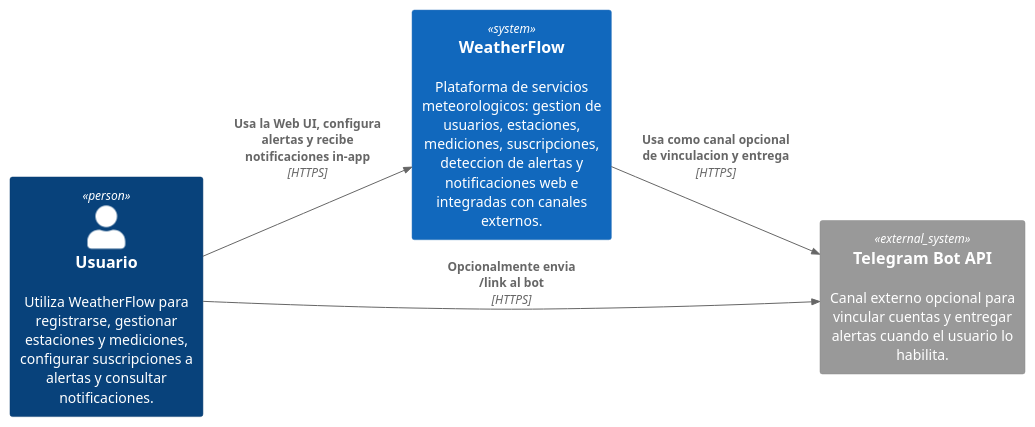
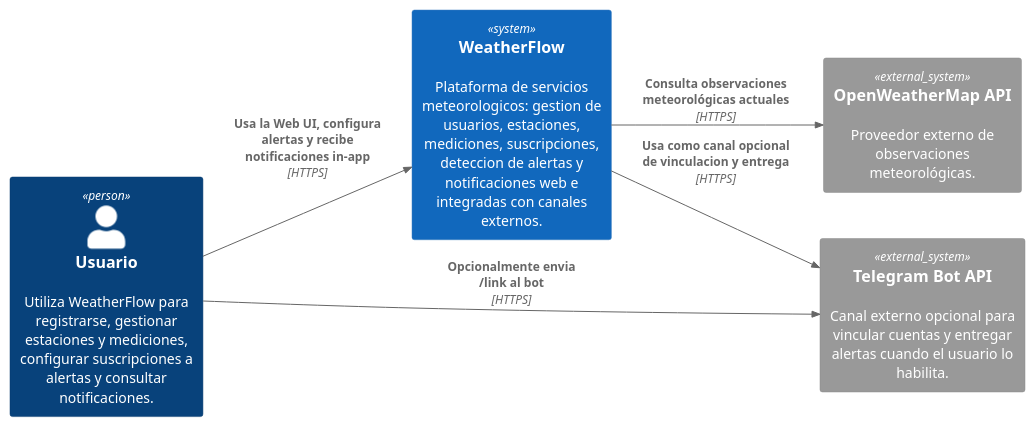
Before and after one commit to LattanzioB/WheaterFlow: the diagram in docs/architecture/c4/c4_level_1_context.plantuml, drawn with PlantUML. The commit also changed 10 other files, not shown here.

Commit message:
feat(architecture): enhance C4 model documentation with detailed component descriptions and relationships

```diff
--- a/docs/architecture/c4/c4_level_1_context.plantuml
+++ b/docs/architecture/c4/c4_level_1_context.plantuml
@@ -1,16 +1,18 @@
 @startuml c4_level_1_context
 !include https://raw.githubusercontent.com/plantuml-stdlib/C4-PlantUML/master/C4_Context.puml
 
 LAYOUT_LEFT_RIGHT()
 
 Person(usuario, "Usuario", "Utiliza WeatherFlow para registrarse, gestionar estaciones y mediciones, configurar suscripciones a alertas y consultar notificaciones.")
 
 System(weatherflow, "WeatherFlow", "Plataforma de servicios meteorologicos: gestion de usuarios, estaciones, mediciones, suscripciones, deteccion de alertas y notificaciones web e integradas con canales externos.")
 
 System_Ext(telegram, "Telegram Bot API", "Canal externo opcional para vincular cuentas y entregar alertas cuando el usuario lo habilita.")
+System_Ext(openweather, "OpenWeatherMap API", "Proveedor externo de observaciones meteorológicas.")
 
 Rel(usuario, weatherflow, "Usa la Web UI, configura alertas y recibe notificaciones in-app", "HTTPS")
 Rel(weatherflow, telegram, "Usa como canal opcional de vinculacion y entrega", "HTTPS")
 Rel(usuario, telegram, "Opcionalmente envia /link al bot", "HTTPS")
+Rel(weatherflow, openweather, "Consulta observaciones meteorológicas actuales", "HTTPS")
 
 @enduml
```
